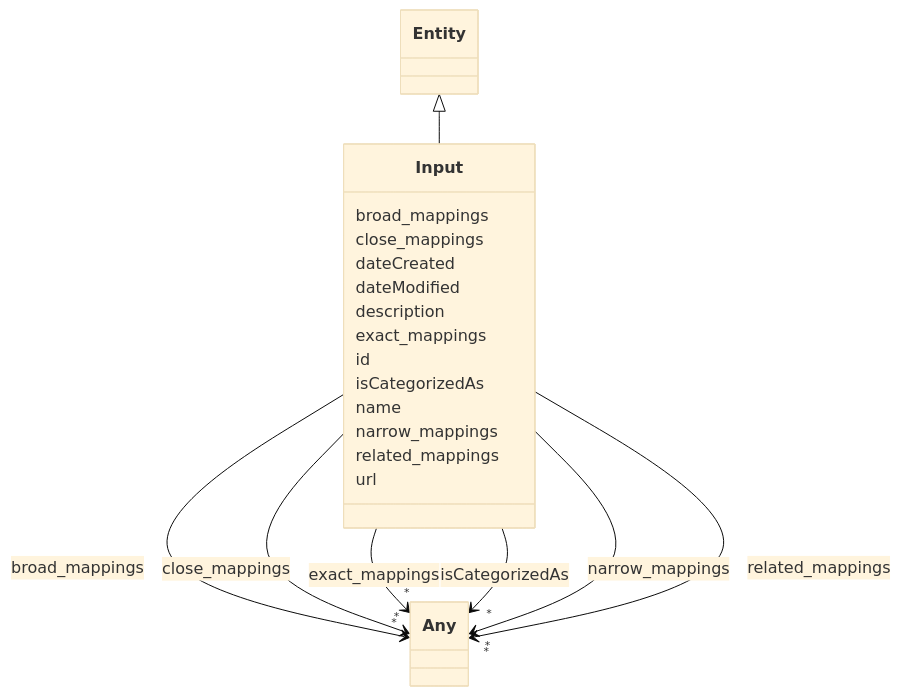
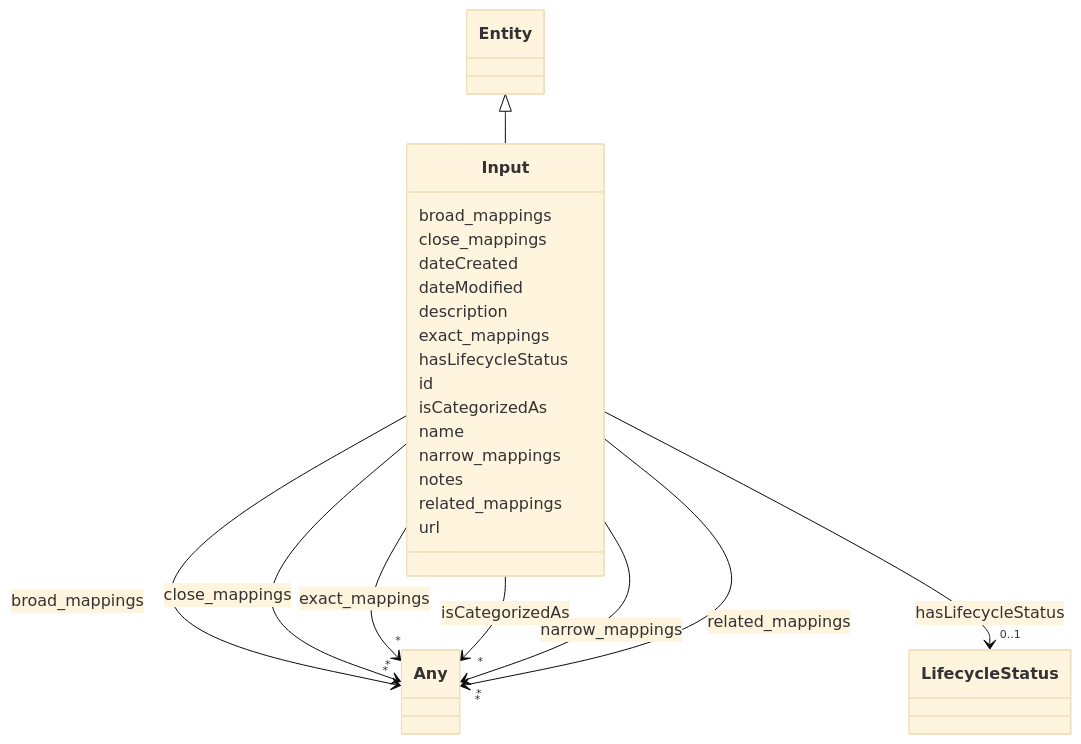
The diagram in docs/ontology/Input.md (ingelise/risk-atlas-nexus), drawn with Mermaid (base theme) before and after one commit. The commit also changed other lines of this file and 190 other files, not shown here.

```diff
--- a/docs/ontology/Input.md
+++ b/docs/ontology/Input.md
@@ -57,6 +57,17 @@
 
 
 
+      Input : hasLifecycleStatus
+
+
+
+
+
+        Input --> "0..1" LifecycleStatus : hasLifecycleStatus
+        click LifecycleStatus href "../LifecycleStatus/"
+
+
+
       Input : id
 
       Input : isCategorizedAs
@@ -83,6 +94,8 @@
 
 
 
+      Input : notes
+
       Input : related_mappings
 
 
```
